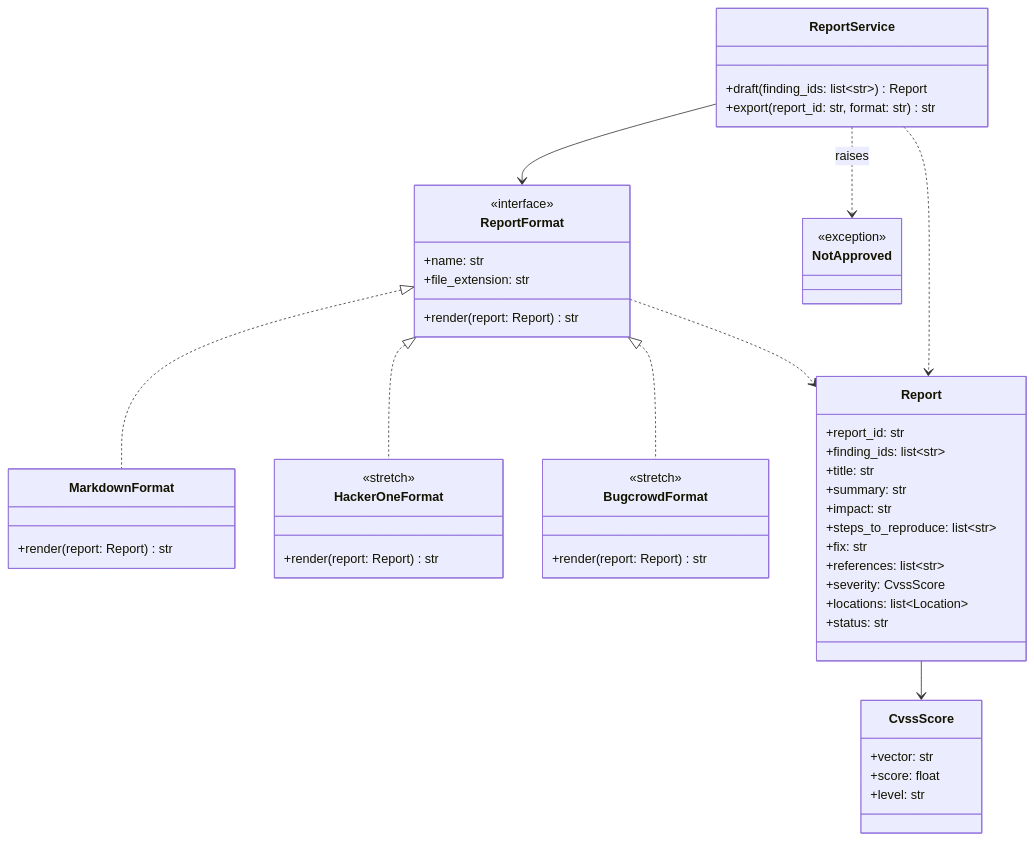
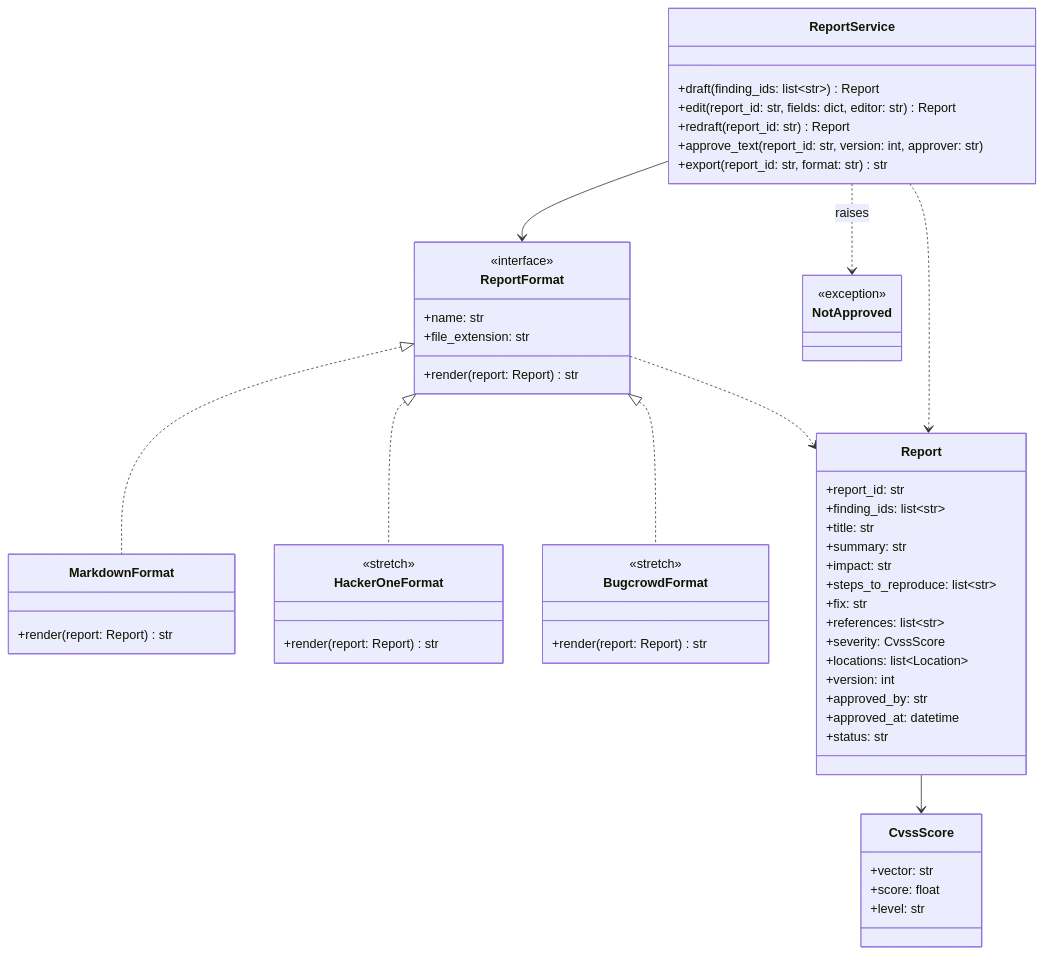
Before and after one commit to sieve-ku-comp491/sieve: the fifth of 5 diagrams in docs/class-diagrams.md, drawn with Mermaid. The commit also changed other lines of this file and 1 other file, not shown here.

Commit message:
docs(reports): add report text approval (#45)
The report schema and ReportService now show that a person approves the report text, that an edit or a new draft needs a new approval, and that export checks both approvals.

Refs #3
Refs #8

````diff
--- a/docs/class-diagrams.md
+++ b/docs/class-diagrams.md
@@ -556,54 +556,60 @@
 ```mermaid
 classDiagram
   class ReportFormat {
     <<interface>>
     +name: str
     +file_extension: str
     +render(report: Report) str
   }
   class MarkdownFormat {
     +render(report: Report) str
   }
   class HackerOneFormat {
     <<stretch>>
     +render(report: Report) str
   }
   class BugcrowdFormat {
     <<stretch>>
     +render(report: Report) str
   }
   class Report {
     +report_id: str
     +finding_ids: list~str~
     +title: str
     +summary: str
     +impact: str
     +steps_to_reproduce: list~str~
     +fix: str
     +references: list~str~
     +severity: CvssScore
     +locations: list~Location~
+    +version: int
+    +approved_by: str
+    +approved_at: datetime
     +status: str
   }
   class CvssScore {
     +vector: str
     +score: float
     +level: str
   }
   class ReportService {
     +draft(finding_ids: list~str~) Report
+    +edit(report_id: str, fields: dict, editor: str) Report
+    +redraft(report_id: str) Report
+    +approve_text(report_id: str, version: int, approver: str)
     +export(report_id: str, format: str) str
   }
   class NotApproved {
     <<exception>>
   }
 
   ReportFormat <|.. MarkdownFormat
   ReportFormat <|.. HackerOneFormat
   ReportFormat <|.. BugcrowdFormat
   ReportFormat ..> Report
   Report --> CvssScore
   ReportService --> ReportFormat
   ReportService ..> Report
   ReportService ..> NotApproved : raises
 ```
````
